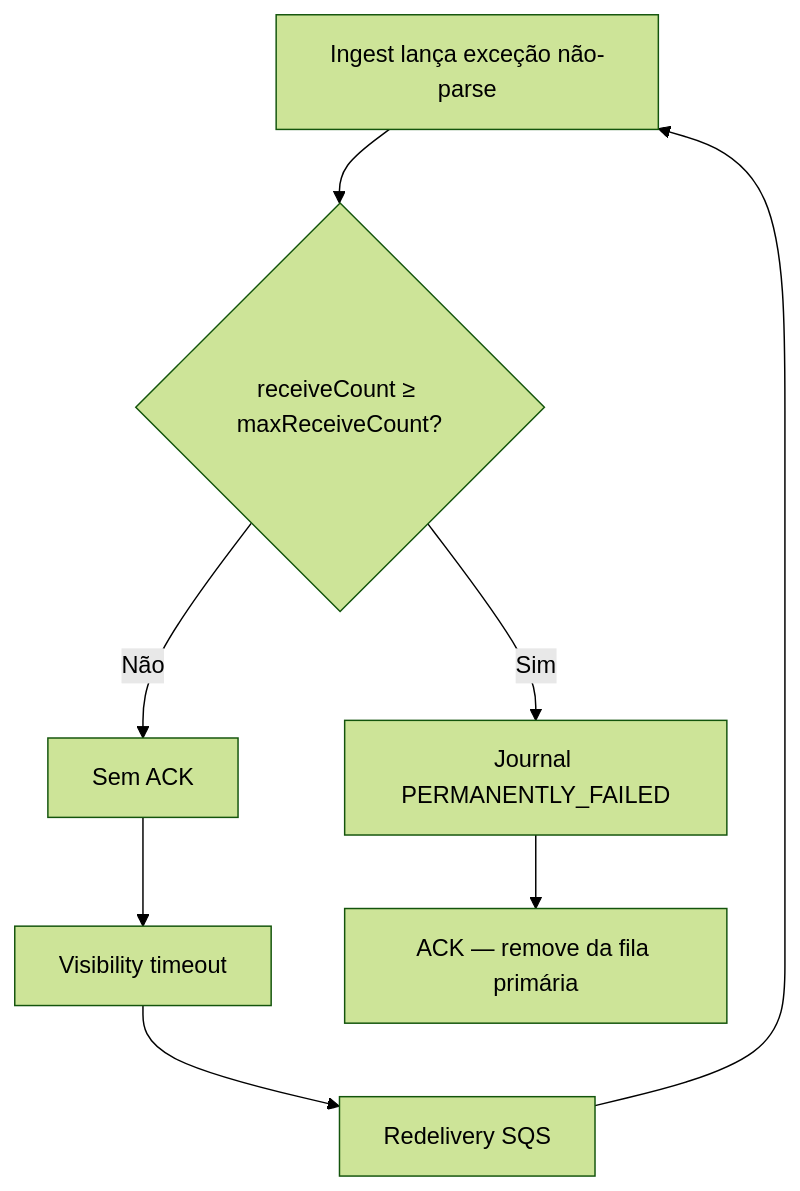
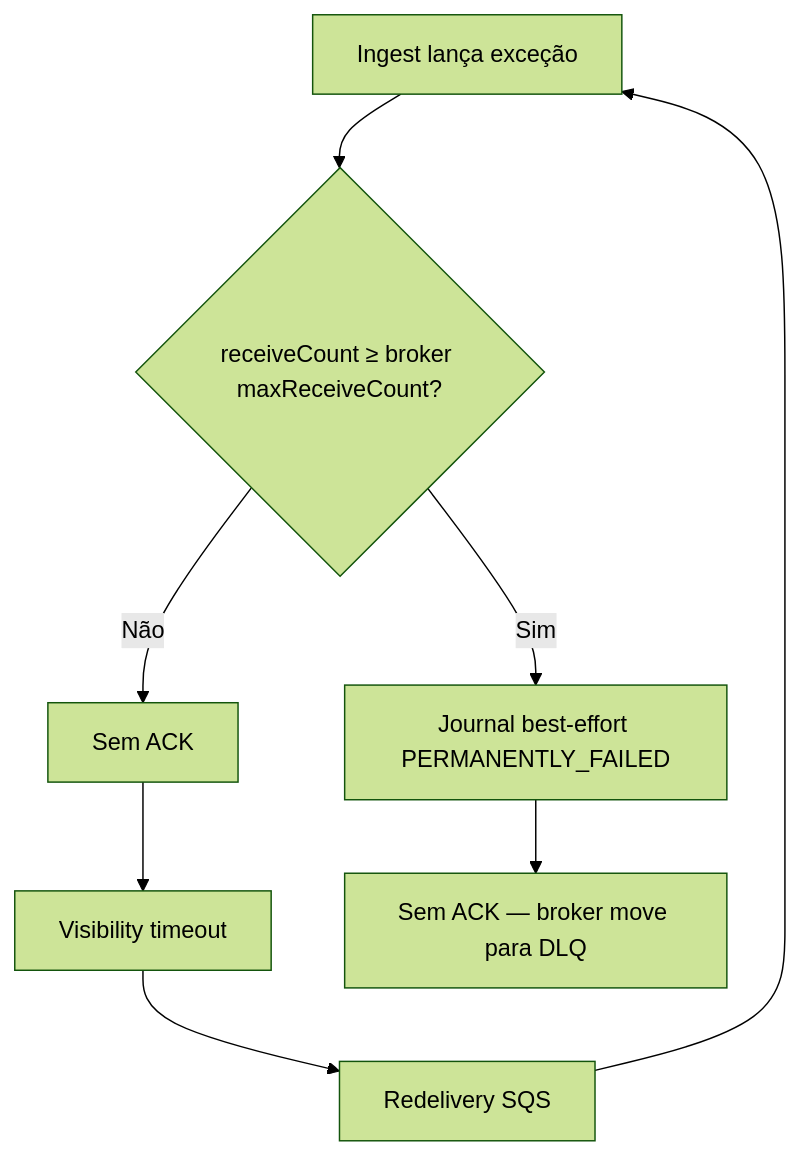
Before and after one commit to lordssa/banking-account-balance-service: the third of 8 diagrams in docs/fluxos-principais.md, drawn with Mermaid (forest theme). The commit also changed other lines of this file and 85 other files, not shown here.

````diff
--- a/docs/fluxos-principais.md
+++ b/docs/fluxos-principais.md
@@ -56,10 +70,10 @@
 ```mermaid
 flowchart TD
-  A[Ingest lança exceção não-parse] --> B{receiveCount ≥ maxReceiveCount?}
+  A[Ingest lança exceção] --> B{receiveCount ≥ broker maxReceiveCount?}
   B -->|Não| C[Sem ACK]
   C --> D[Visibility timeout]
   D --> E[Redelivery SQS]
   E --> A
-  B -->|Sim| F[Journal PERMANENTLY_FAILED]
-  F --> G[ACK — remove da fila primária]
+  B -->|Sim| F[Journal best-effort PERMANENTLY_FAILED]
+  F --> G[Sem ACK — broker move para DLQ]
 ```
````
